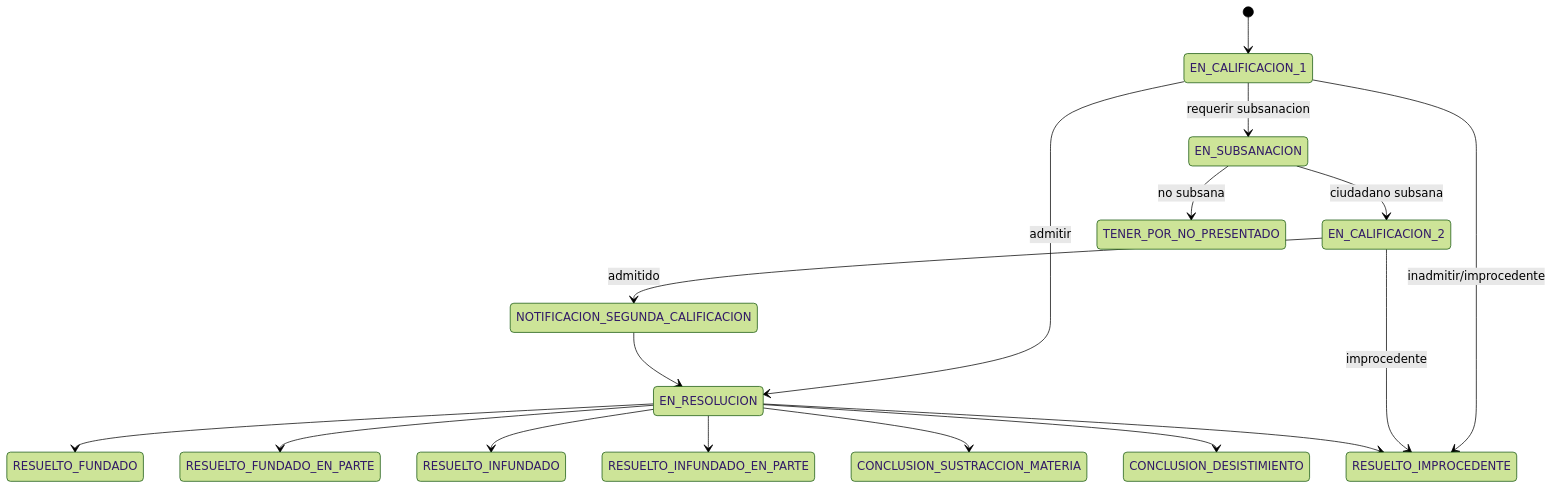
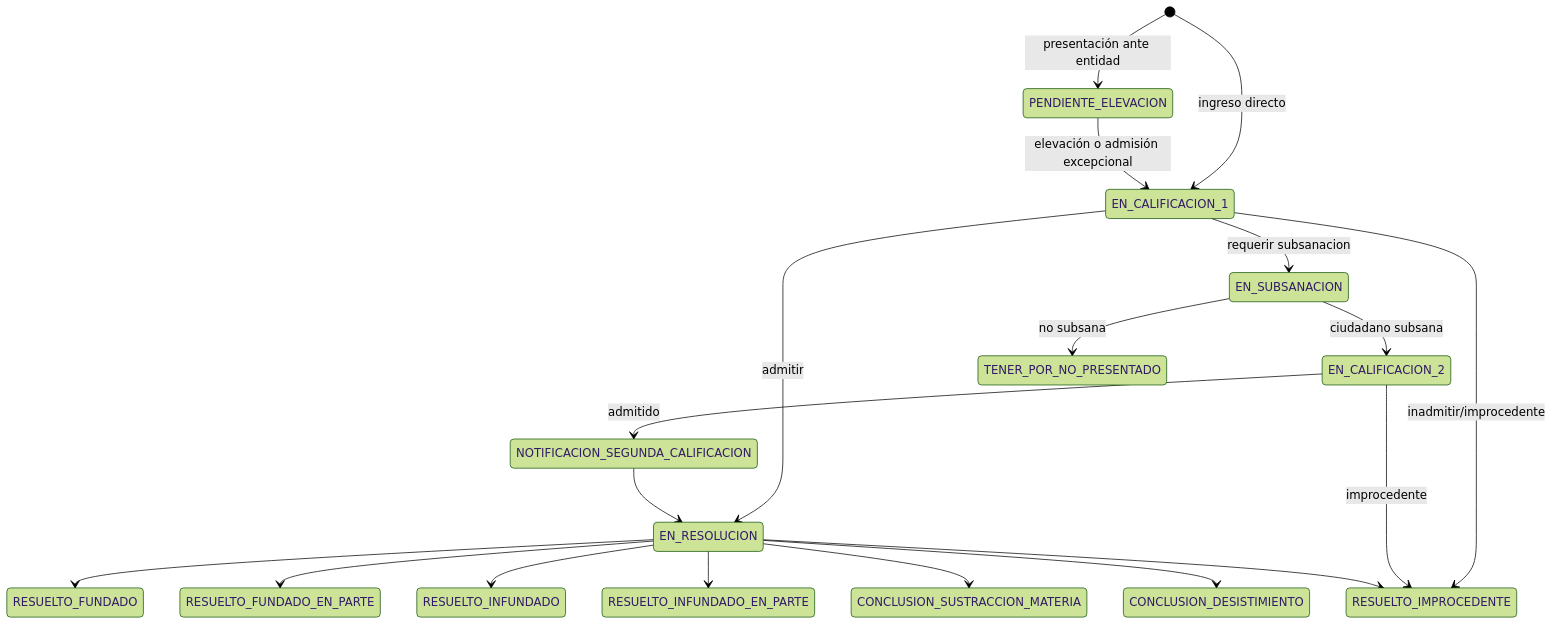
Before and after one commit to transparenciapublicadev/plataforma-saip-apelaciones: the second of 2 diagrams in docs/src/content/docs/dominio/flujo-estados.mdx, drawn with Mermaid (forest theme). The commit also changed other lines of this file and 4 other files, not shown here.

````diff
--- a/docs/src/content/docs/dominio/flujo-estados.mdx
+++ b/docs/src/content/docs/dominio/flujo-estados.mdx
@@ -80,19 +81,21 @@
 ```mermaid
 stateDiagram-v2
-    [*] --> EN_CALIFICACION_1
+    [*] --> PENDIENTE_ELEVACION: presentación ante entidad
+    [*] --> EN_CALIFICACION_1: ingreso directo
+    PENDIENTE_ELEVACION --> EN_CALIFICACION_1: elevación o admisión excepcional
     EN_CALIFICACION_1 --> EN_RESOLUCION: admitir
     EN_CALIFICACION_1 --> EN_SUBSANACION: requerir subsanacion
     EN_CALIFICACION_1 --> RESUELTO_IMPROCEDENTE: inadmitir/improcedente
     EN_SUBSANACION --> EN_CALIFICACION_2: ciudadano subsana
     EN_SUBSANACION --> TENER_POR_NO_PRESENTADO: no subsana
     EN_CALIFICACION_2 --> NOTIFICACION_SEGUNDA_CALIFICACION: admitido
     EN_CALIFICACION_2 --> RESUELTO_IMPROCEDENTE: improcedente
     NOTIFICACION_SEGUNDA_CALIFICACION --> EN_RESOLUCION
     EN_RESOLUCION --> RESUELTO_FUNDADO
     EN_RESOLUCION --> RESUELTO_FUNDADO_EN_PARTE
     EN_RESOLUCION --> RESUELTO_INFUNDADO
     EN_RESOLUCION --> RESUELTO_INFUNDADO_EN_PARTE
     EN_RESOLUCION --> RESUELTO_IMPROCEDENTE
     EN_RESOLUCION --> CONCLUSION_SUSTRACCION_MATERIA
     EN_RESOLUCION --> CONCLUSION_DESISTIMIENTO
 ```
````
